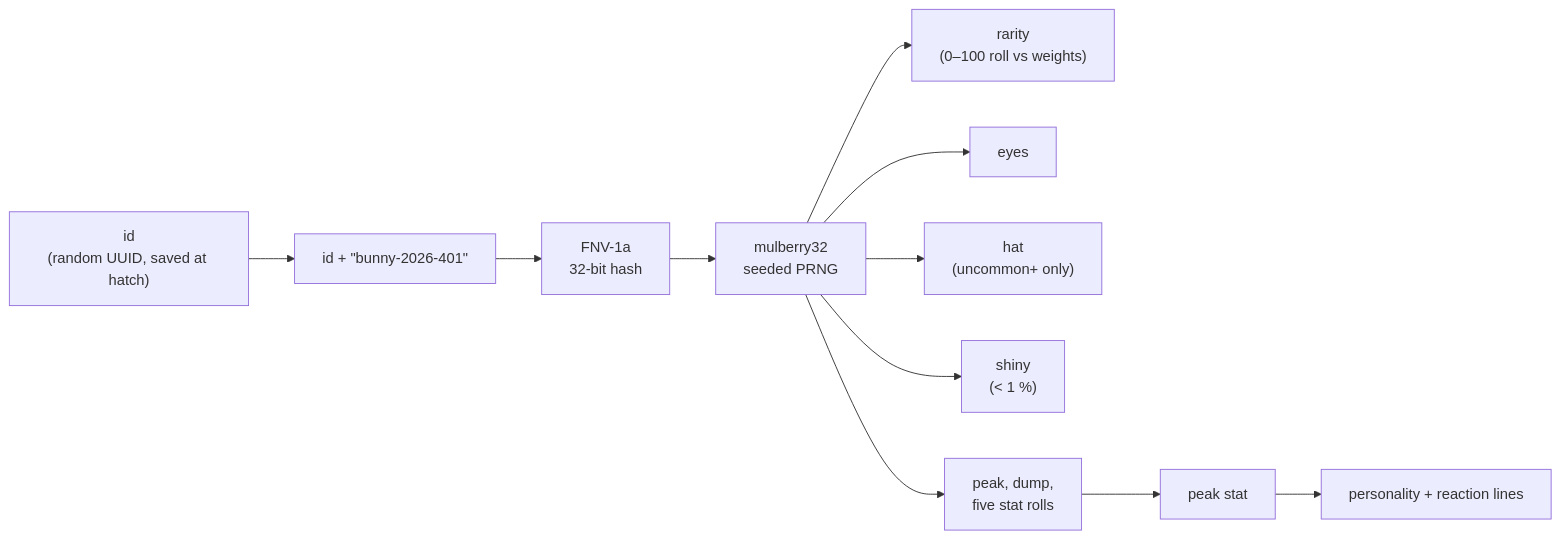
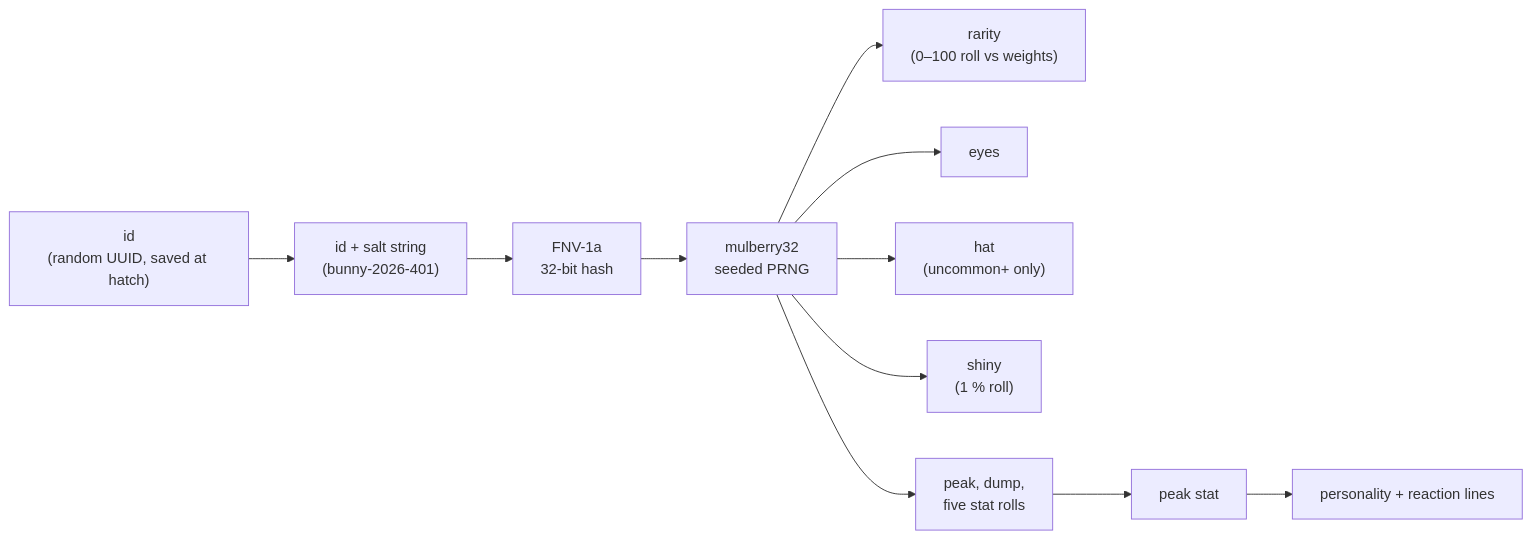
One commit to AxDSan/omp-bunny changed the diagram in README.md. Above: the diagram before and after it, drawn with Mermaid.

Commit message:
docs: keep the mermaid labels free of HTML entities

````diff
--- a/README.md
+++ b/README.md
@@ -157,13 +157,13 @@
 ```mermaid
 flowchart LR
-    id["id<br/>(random UUID, saved at hatch)"] --> salt["id + &quot;bunny-2026-401&quot;"]
+    id["id<br/>(random UUID, saved at hatch)"] --> salt["id + salt string<br/>(bunny-2026-401)"]
     salt --> fnv["FNV-1a<br/>32-bit hash"]
     fnv --> seed["mulberry32<br/>seeded PRNG"]
     seed --> r1["rarity<br/>(0–100 roll vs weights)"]
     seed --> r2["eyes"]
     seed --> r3["hat<br/>(uncommon+ only)"]
-    seed --> r4["shiny<br/>(&lt; 1 %)"]
+    seed --> r4["shiny<br/>(1 % roll)"]
     seed --> r5["peak, dump,<br/>five stat rolls"]
     r5 --> peak["peak stat"]
     peak --> soul["personality + reaction lines"]
 ```
````
